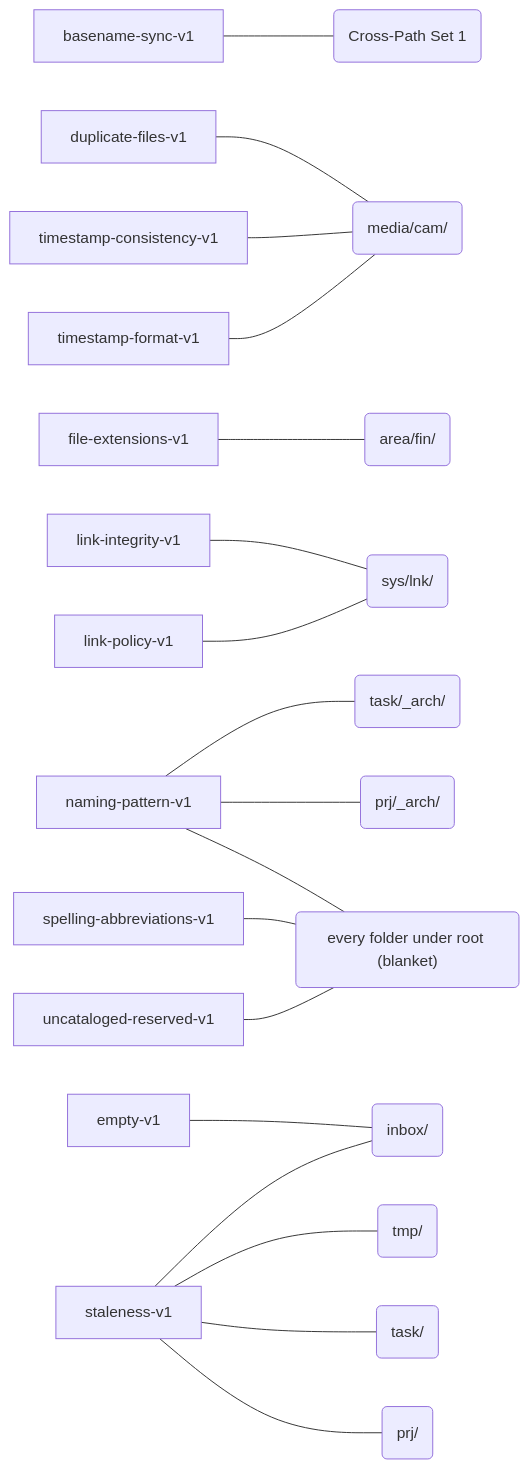
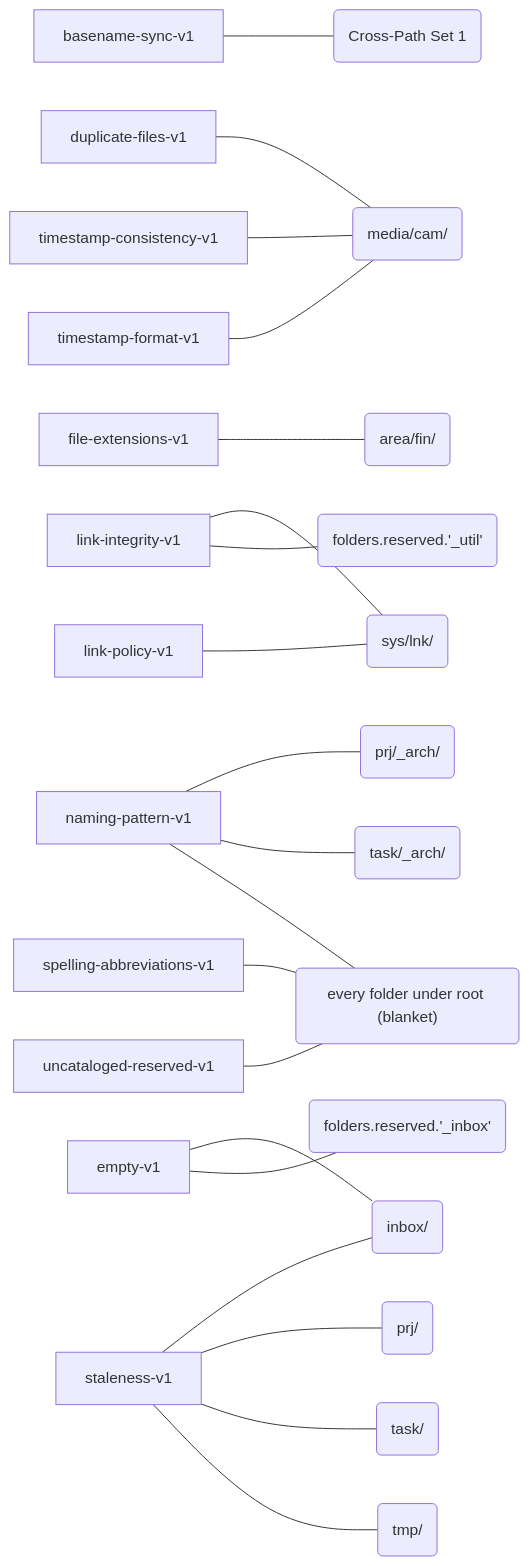
Before and after one commit to VasilKalchev/fs-org-kit: the second of 3 diagrams in examples/parext/fs-org-std.md, drawn with Mermaid. The commit also changed other lines of this file and 19 other files, not shown here.

````diff
--- a/examples/parext/fs-org-std.md
+++ b/examples/parext/fs-org-std.md
@@ -1056,43 +1371,47 @@
 ```mermaid
 graph LR
     r0["basename-sync-v1"]
     r1["duplicate-files-v1"]
     r2["empty-v1"]
     r3["file-extensions-v1"]
     r4["link-integrity-v1"]
     r5["link-policy-v1"]
     r6["naming-pattern-v1"]
     r7["spelling-abbreviations-v1"]
     r8["staleness-v1"]
     r9["timestamp-consistency-v1"]
     r10["timestamp-format-v1"]
     r11["uncataloged-reserved-v1"]
     s0("Cross-Path Set 1")
     s1("area/fin/")
     s2("every folder under root (blanket)")
-    s3("inbox/")
-    s4("media/cam/")
-    s5("prj/")
-    s6("prj/_arch/")
-    s7("sys/lnk/")
-    s8("task/")
-    s9("task/_arch/")
-    s10("tmp/")
+    s3("folders.reserved.'_inbox'")
+    s4("folders.reserved.'_util'")
+    s5("inbox/")
+    s6("media/cam/")
+    s7("prj/")
+    s8("prj/_arch/")
+    s9("sys/lnk/")
+    s10("task/")
+    s11("task/_arch/")
+    s12("tmp/")
     r0 --- s0
-    r1 --- s4
+    r1 --- s6
+    r2 --- s5
     r2 --- s3
     r3 --- s1
-    r4 --- s7
-    r5 --- s7
-    r6 --- s6
-    r6 --- s9
+    r4 --- s9
+    r4 --- s4
+    r5 --- s9
+    r6 --- s8
+    r6 --- s11
     r6 --- s2
     r7 --- s2
-    r8 --- s3
     r8 --- s5
-    r8 --- s8
+    r8 --- s7
     r8 --- s10
-    r9 --- s4
-    r10 --- s4
+    r8 --- s12
+    r9 --- s6
+    r10 --- s6
     r11 --- s2
 ```
````
